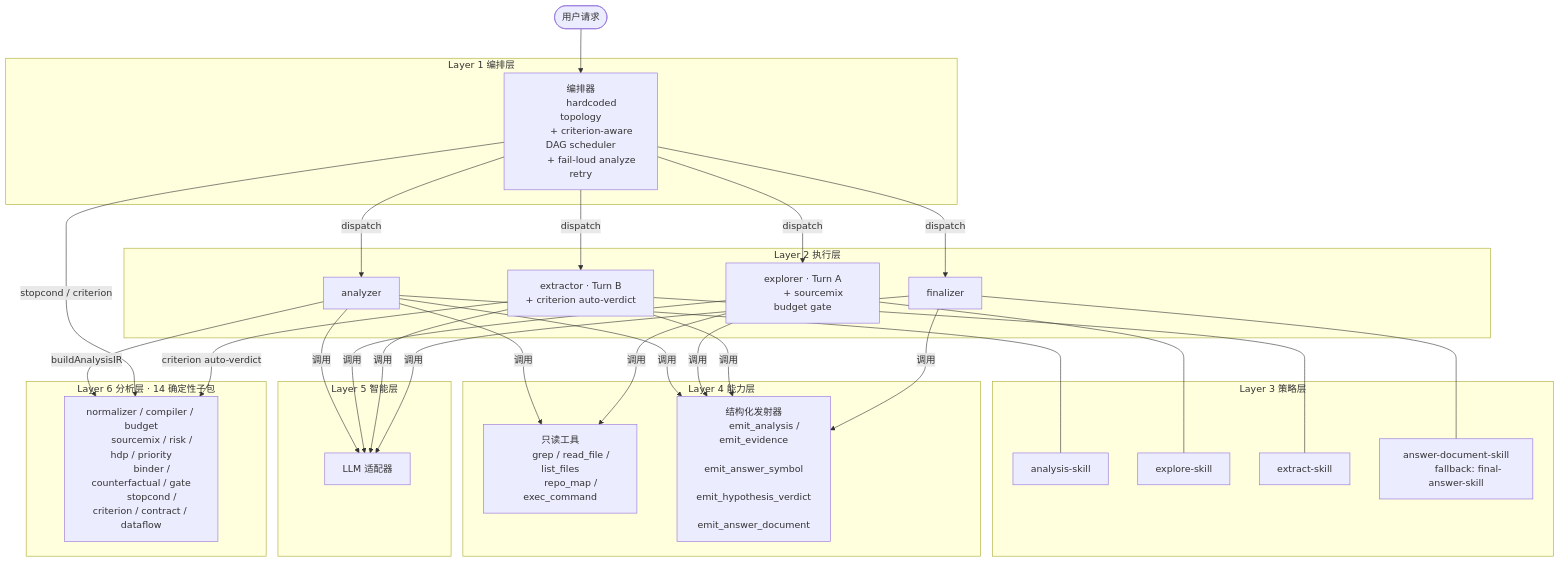
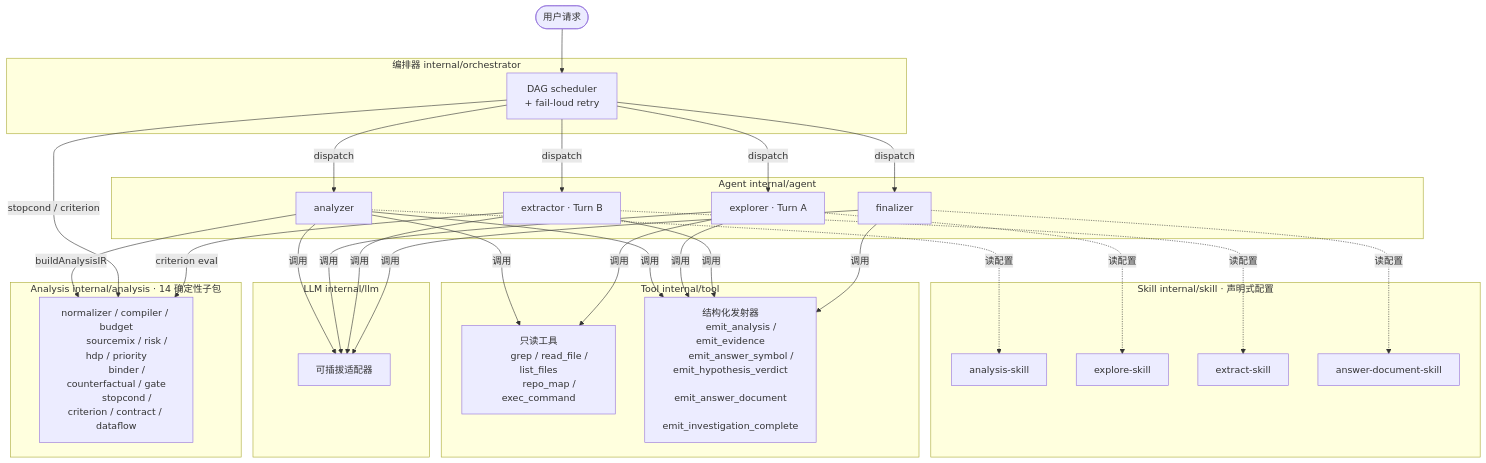
The first of 4 diagrams in docs/architecture.md (hanchaoqun/codrax), drawn with Mermaid before and after one commit. The commit also changed other lines of this file, not shown here.

Commit message:
docs: rewrite architecture.md layer section to match real code structure
The old "Layer 1-6" numbered list implied a linear top-to-bottom call
chain that didn't match reality: Analysis (Layer 6) is called by both
Agent (Layer 2) and Orchestrator (Layer 1), Skill (Layer 3) is pure
config data not an execution layer, and the numbering was misleading.

Replaced with a dependency table showing each component's package path,
what it calls, and who calls it — directly reflecting the real import
graph. Removed "Layer N" from section headings and ToC anchors.

Updated the mermaid diagram to use package-path-based subgraph labels
instead of "Layer N" labels, with dotted arrows for Skill config reads
vs solid arrows for runtime calls.

Also fixed stale ToC anchor slugs that still contained "layer-N".

````diff
--- a/docs/architecture.md
+++ b/docs/architecture.md
@@ -56,63 +61,58 @@
 ```mermaid
 graph TB
     User([用户请求])
 
-    subgraph "Layer 1 编排层"
-        Orch["编排器
-        hardcoded topology
-        + criterion-aware DAG scheduler
-        + fail-loud analyze retry"]
+    subgraph Orchestrator["编排器 internal/orchestrator"]
+        Orch["DAG scheduler
+        + fail-loud retry"]
     end
 
-    subgraph "Layer 2 执行层"
+    subgraph Agents["Agent internal/agent"]
         A1["analyzer"]
-        A2["explorer · Turn A
-        + sourcemix budget gate"]
-        A3["extractor · Turn B
-        + criterion auto-verdict"]
+        A2["explorer · Turn A"]
+        A3["extractor · Turn B"]
         A4["finalizer"]
     end
 
-    subgraph "Layer 3 策略层"
+    subgraph Skills["Skill internal/skill · 声明式配置"]
         S1["analysis-skill"]
         S2["explore-skill"]
         S3["extract-skill"]
-        S4["answer-document-skill
-        fallback: final-answer-skill"]
+        S4["answer-document-skill"]
     end
 
-    subgraph "Layer 4 能力层"
+    subgraph Tools["Tool internal/tool"]
         T["只读工具
         grep / read_file / list_files
         repo_map / exec_command"]
         E["结构化发射器
         emit_analysis / emit_evidence
-        emit_answer_symbol
-        emit_hypothesis_verdict
-        emit_answer_document"]
+        emit_answer_symbol / emit_hypothesis_verdict
+        emit_answer_document
+        emit_investigation_complete"]
     end
 
-    subgraph "Layer 5 智能层"
-        LLM["LLM 适配器"]
+    subgraph LLMLayer["LLM internal/llm"]
+        LLM["可插拔适配器"]
     end
 
-    subgraph "Layer 6 分析层 · 14 确定性子包"
+    subgraph Analysis["Analysis internal/analysis · 14 确定性子包"]
         AN["normalizer / compiler / budget
         sourcemix / risk / hdp / priority
         binder / counterfactual / gate
         stopcond / criterion / contract / dataflow"]
     end
 
     User --> Orch
     Orch -->|dispatch| A1 & A2 & A3 & A4
-    A1 --- S1
-    A2 --- S2
-    A3 --- S3
-    A4 --- S4
+    A1 -.->|读配置| S1
+    A2 -.->|读配置| S2
+    A3 -.->|读配置| S3
+    A4 -.->|读配置| S4
     A1 & A2 -->|调用| T
     A1 & A2 & A3 & A4 -->|调用| E
     A1 & A2 & A3 & A4 -->|调用| LLM
     A1 -->|buildAnalysisIR| AN
     Orch -->|stopcond / criterion| AN
-    A3 -->|criterion auto-verdict| AN
+    A3 -->|criterion eval| AN
 ```
````
